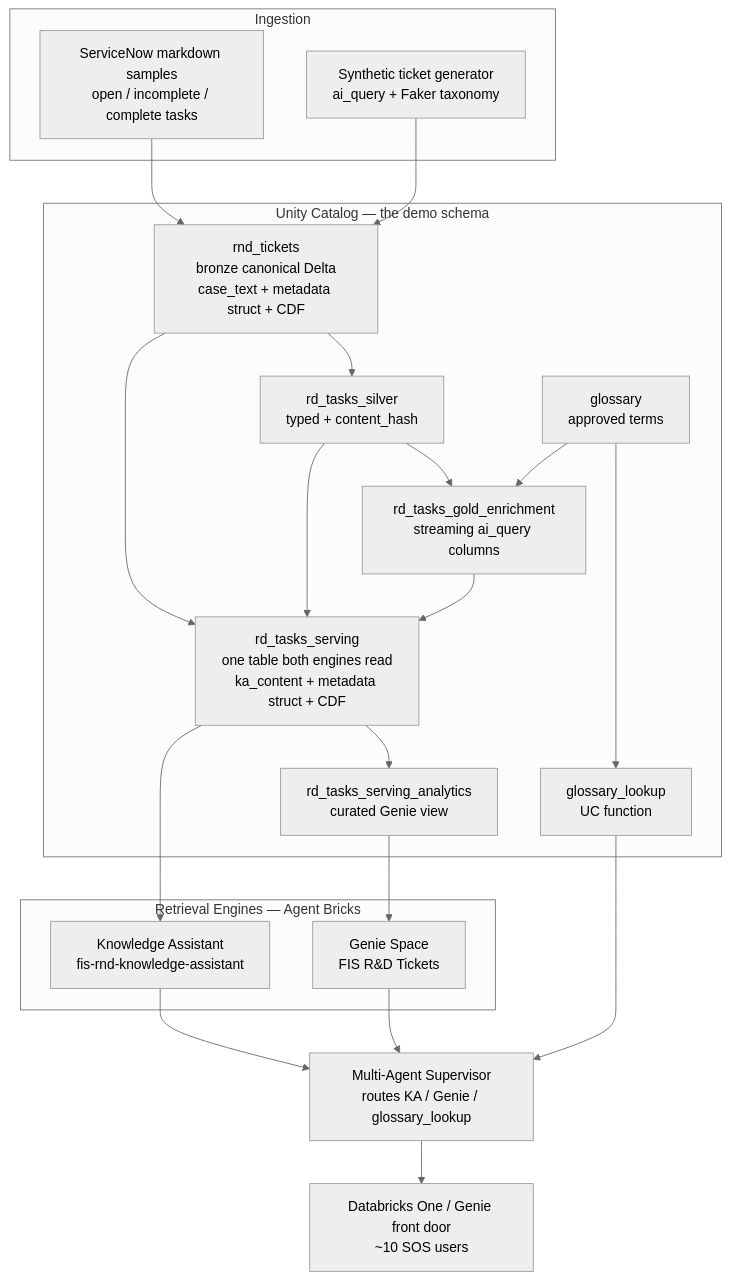
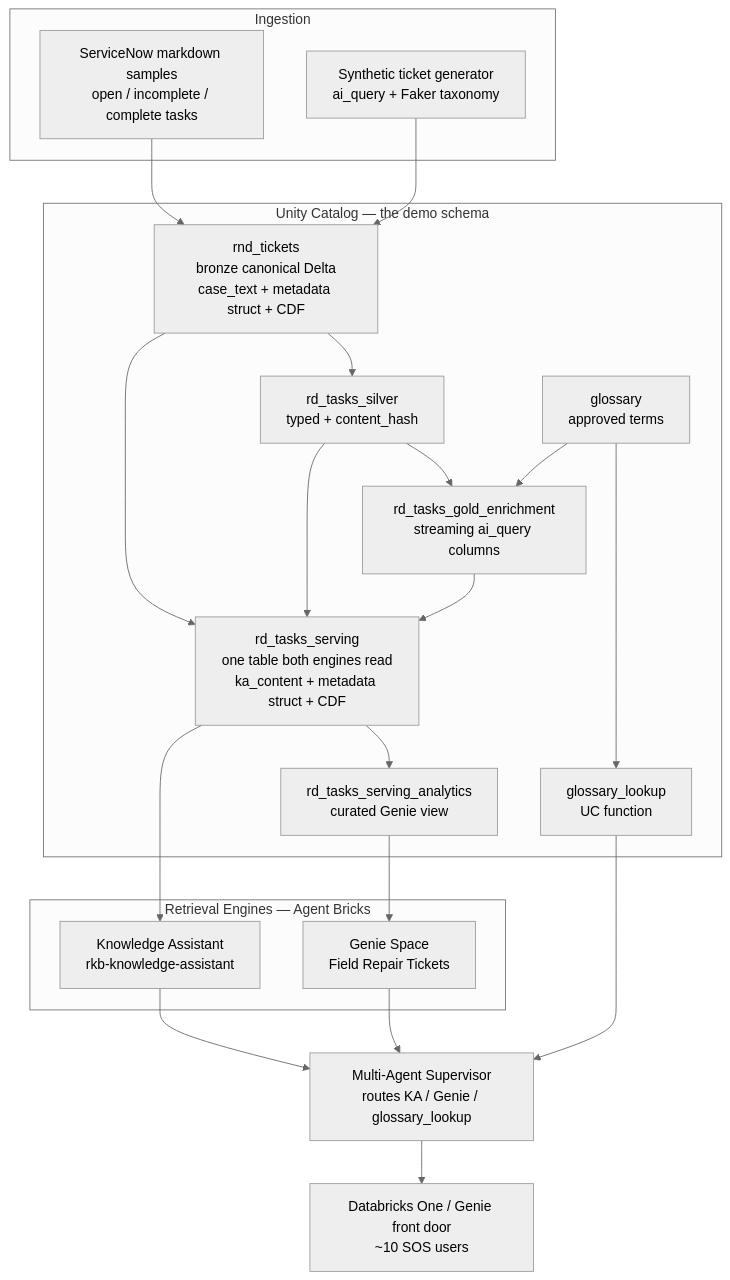
Before and after one commit to databricks-industry-solutions/field-repair-knowledge-assistant: the second of 2 diagrams in architecture.md, drawn with Mermaid (neutral theme). The commit also changed other lines of this file and 60 other files, not shown here.

````diff
--- a/architecture.md
+++ b/architecture.md
@@ -38,44 +38,44 @@
 ```mermaid
 graph TD
     subgraph Ingestion
         MD[ServiceNow markdown samples<br/>open / incomplete / complete tasks]
         SYN[Synthetic ticket generator<br/>ai_query + Faker taxonomy]
     end
 
     subgraph "Unity Catalog — the demo schema"
         RAW[rnd_tickets<br/>bronze canonical Delta<br/>case_text + metadata struct + CDF]
         SILVER[rd_tasks_silver<br/>typed + content_hash]
         GOLD[rd_tasks_gold_enrichment<br/>streaming ai_query columns]
         SERVING[rd_tasks_serving<br/>one table both engines read<br/>ka_content + metadata struct + CDF]
         VIEW[rd_tasks_serving_analytics<br/>curated Genie view]
         GLOSS[glossary<br/>approved terms]
         FN[glossary_lookup<br/>UC function]
     end
 
     subgraph "Retrieval Engines — Agent Bricks"
-        KA[Knowledge Assistant<br/>fis-rnd-knowledge-assistant]
-        GENIE[Genie Space<br/>FIS R&D Tickets]
+        KA[Knowledge Assistant<br/>rkb-knowledge-assistant]
+        GENIE[Genie Space<br/>Field Repair Tickets]
     end
 
     MAS[Multi-Agent Supervisor<br/>routes KA / Genie / glossary_lookup]
     FRONT[Databricks One / Genie front door<br/>~10 SOS users]
 
     MD --> RAW
     SYN --> RAW
     RAW --> SILVER
     SILVER --> GOLD
     RAW --> SERVING
     SILVER --> SERVING
     GOLD --> SERVING
     SERVING --> VIEW
     GLOSS --> FN
     GLOSS --> GOLD
 
     SERVING --> KA
     VIEW --> GENIE
 
     KA --> MAS
     GENIE --> MAS
     FN --> MAS
     MAS --> FRONT
 ```
````
